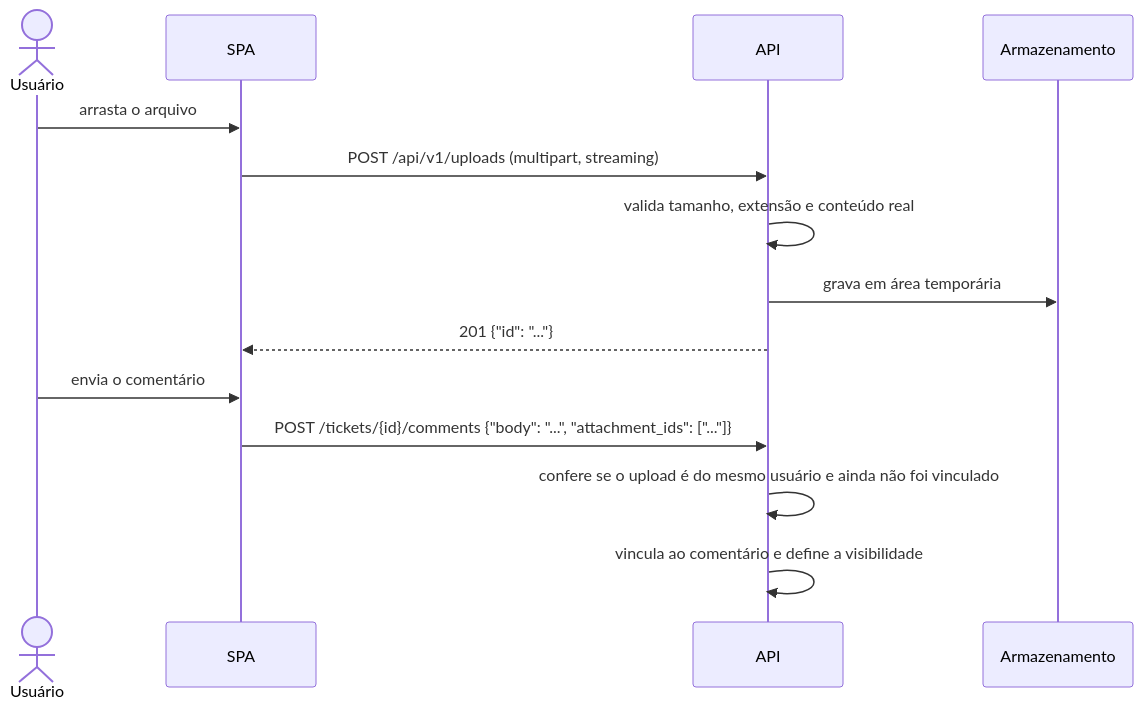
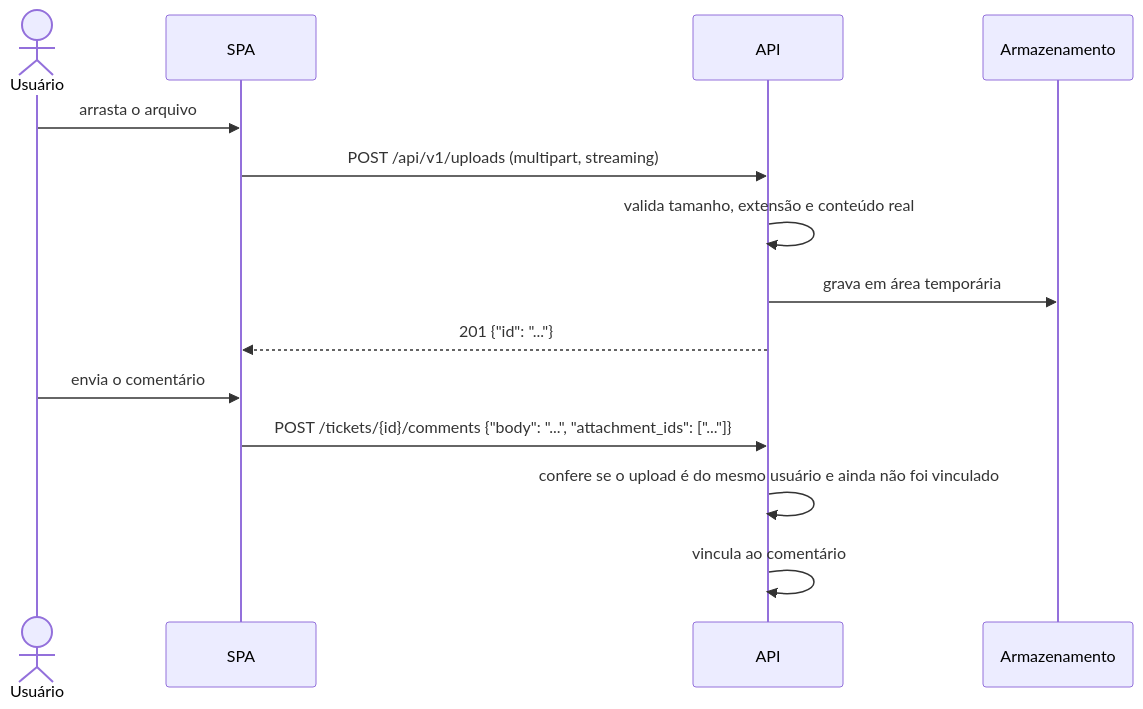
One commit to 0LB-i/ticketflow changed the diagram in docs/11-anexos-e-arquivos.md. Above: the diagram before and after it, drawn with Mermaid. The commit also changed other lines of this file and 21 other files, not shown here.

````diff
--- a/docs/11-anexos-e-arquivos.md
+++ b/docs/11-anexos-e-arquivos.md
@@ -56,16 +53,16 @@
 ```mermaid
 sequenceDiagram
     actor U as Usuário
     participant S as SPA
     participant A as API
     participant ST as Armazenamento
     U->>S: arrasta o arquivo
     S->>A: POST /api/v1/uploads (multipart, streaming)
     A->>A: valida tamanho, extensão e conteúdo real
     A->>ST: grava em área temporária
     A-->>S: 201 {"id": "..."}
     U->>S: envia o comentário
     S->>A: POST /tickets/{id}/comments {"body": "...", "attachment_ids": ["..."]}
     A->>A: confere se o upload é do mesmo usuário e ainda não foi vinculado
-    A->>A: vincula ao comentário e define a visibilidade
+    A->>A: vincula ao comentário
 ```
````
